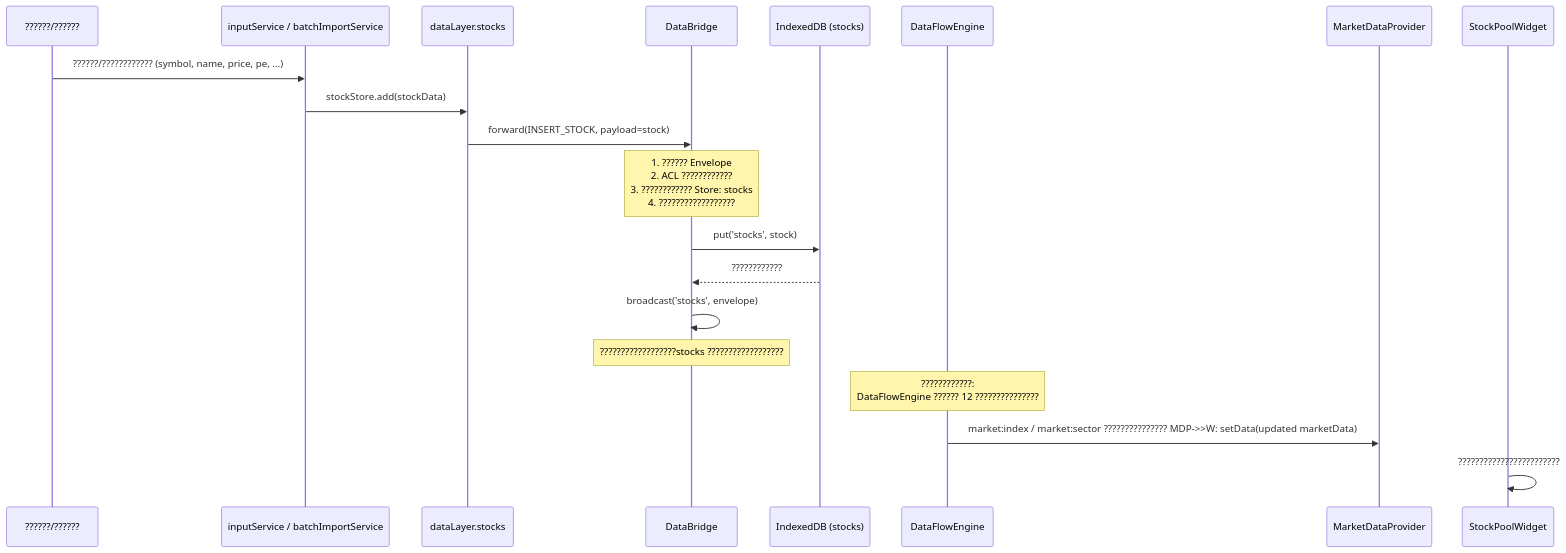
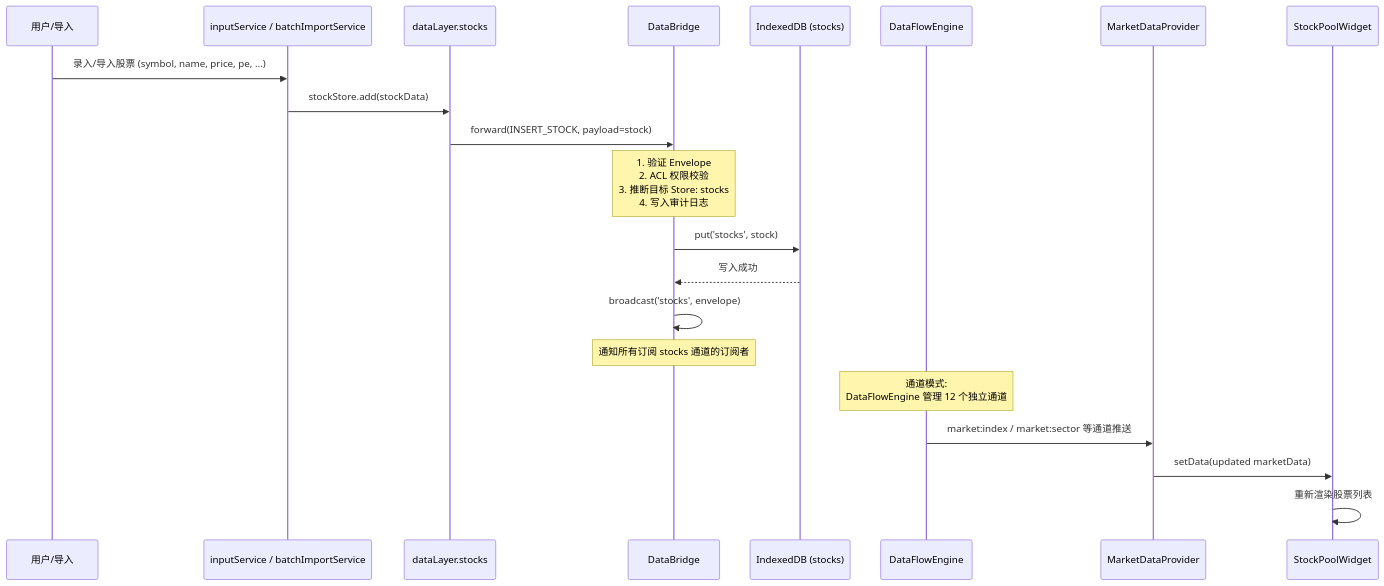
Before and after one commit to DHENGHONGYU/-: the second of 7 diagrams in docs/reference/v9-数据血缘追踪.md, drawn with Mermaid. The commit also changed other lines of this file and 849 other files, not shown here.

````diff
--- a/docs/reference/v9-数据血缘追踪.md
+++ b/docs/reference/v9-数据血缘追踪.md
@@ -386,23 +379,25 @@
 ```mermaid
 sequenceDiagram
-    participant U as ??????/??????
+    participant U as 用户/导入
     participant IS as inputService / batchImportService
     participant DL as dataLayer.stocks
     participant DB as DataBridge
     participant IDB as IndexedDB (stocks)
     participant DFE as DataFlowEngine
     participant MDP as MarketDataProvider
     participant W as StockPoolWidget
 
-    U->>IS: ??????/???????????? (symbol, name, price, pe, ...)
+    U->>IS: 录入/导入股票 (symbol, name, price, pe, ...)
     IS->>DL: stockStore.add(stockData)
     DL->>DB: forward(INSERT_STOCK, payload=stock)
-    Note over DB: 1. ?????? Envelope<br/>2. ACL ????????????<br/>3. ???????????? Store: stocks<br/>4. ??????????????????
+    Note over DB: 1. 验证 Envelope<br/>2. ACL 权限校验<br/>3. 推断目标 Store: stocks<br/>4. 写入审计日志
     DB->>IDB: put('stocks', stock)
-    IDB-->>DB: ????????????
+    IDB-->>DB: 写入成功
     DB->>DB: broadcast('stocks', envelope)
-    Note over DB: ??????????????????stocks ??????????????????    
-    Note over DFE: ????????????:<br/>DataFlowEngine ?????? 12 ???????????????
-    DFE->>MDP: market:index / market:sector ???????????????    MDP->>W: setData(updated marketData)
-    W->>W: ????????????????????????
+    Note over DB: 通知所有订阅 stocks 通道的订阅者
+    
+    Note over DFE: 通道模式:<br/>DataFlowEngine 管理 12 个独立通道
+    DFE->>MDP: market:index / market:sector 等通道推送
+    MDP->>W: setData(updated marketData)
+    W->>W: 重新渲染股票列表
 ```
````
